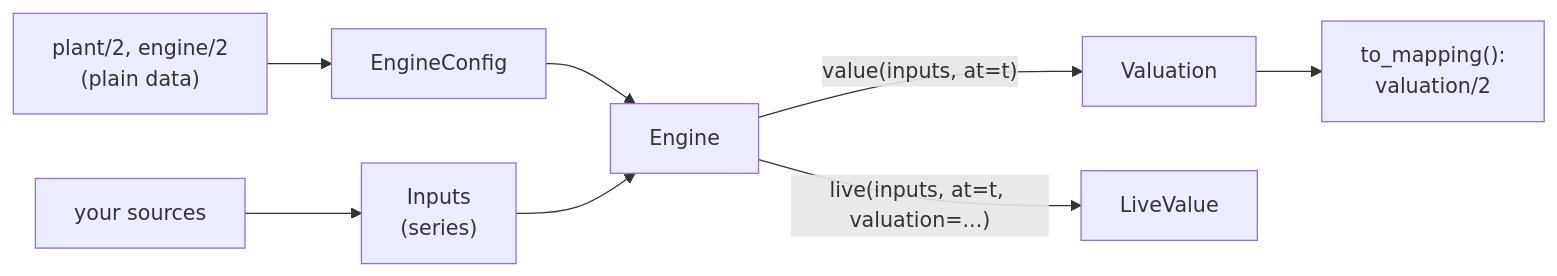
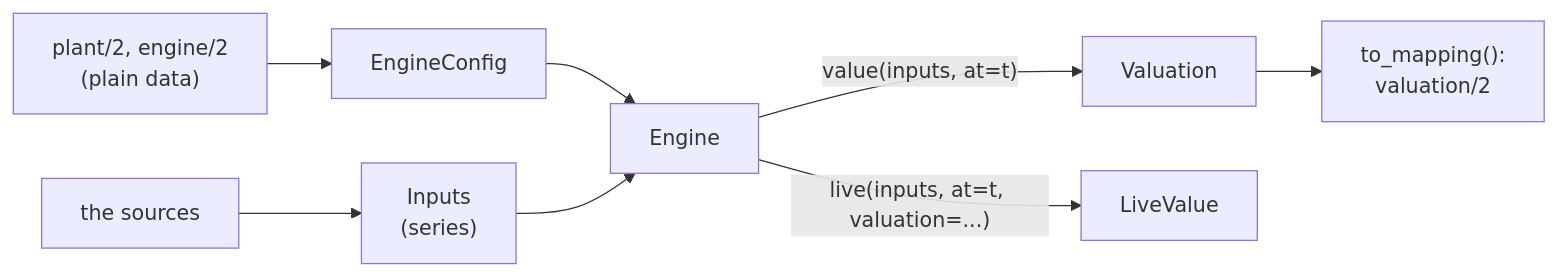
The diagram in docs/how-to/python.md (eman/microgrid), drawn with Mermaid before and after one commit. The commit also changed other lines of this file and 27 other files, not shown here.

````diff
--- a/docs/how-to/python.md
+++ b/docs/how-to/python.md
@@ -5,10 +5,10 @@
 ```mermaid
 flowchart LR
     setup["plant/2, engine/2<br/>(plain data)"] --> cfg["EngineConfig"]
-    data["your sources"] --> inputs["Inputs<br/>(series)"]
+    data["the sources"] --> inputs["Inputs<br/>(series)"]
     cfg --> engine["Engine"]
     inputs --> engine
     engine -- "value(inputs, at=t)" --> v["Valuation"]
     engine -- "live(inputs, at=t, valuation=...)" --> l["LiveValue"]
     v --> m["to_mapping():<br/>valuation/2"]
 ```
````
